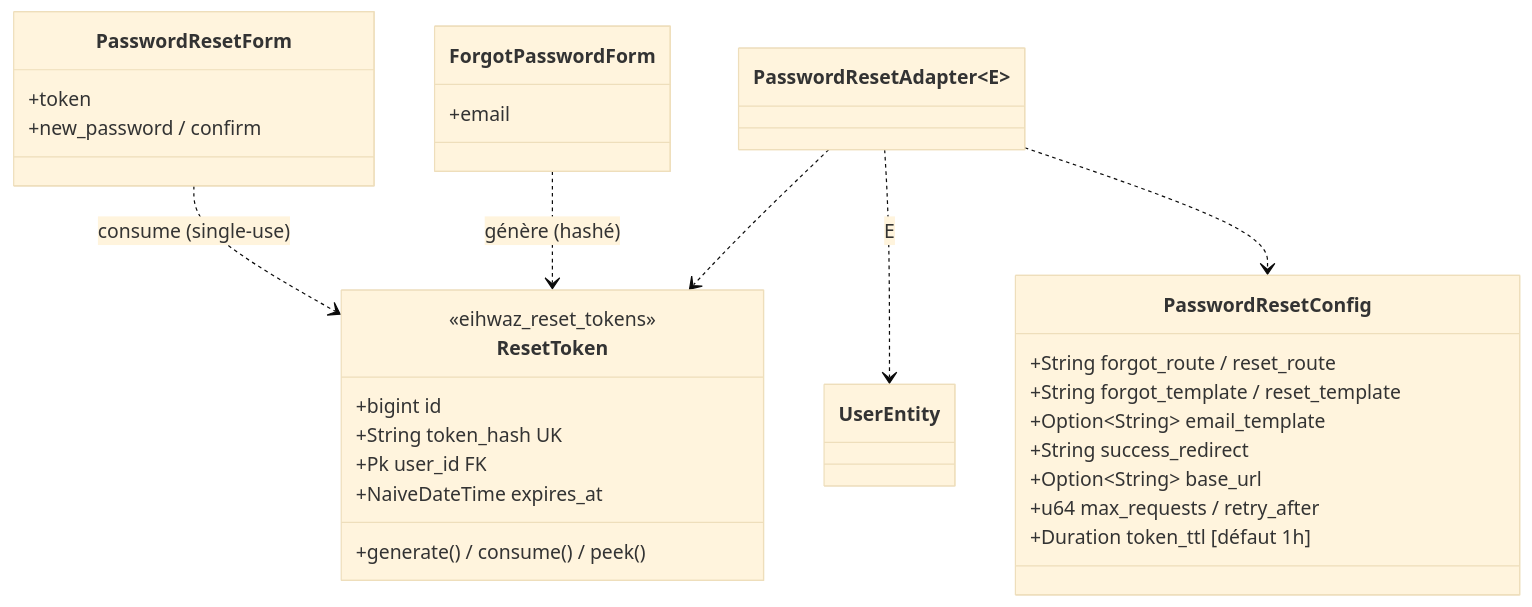
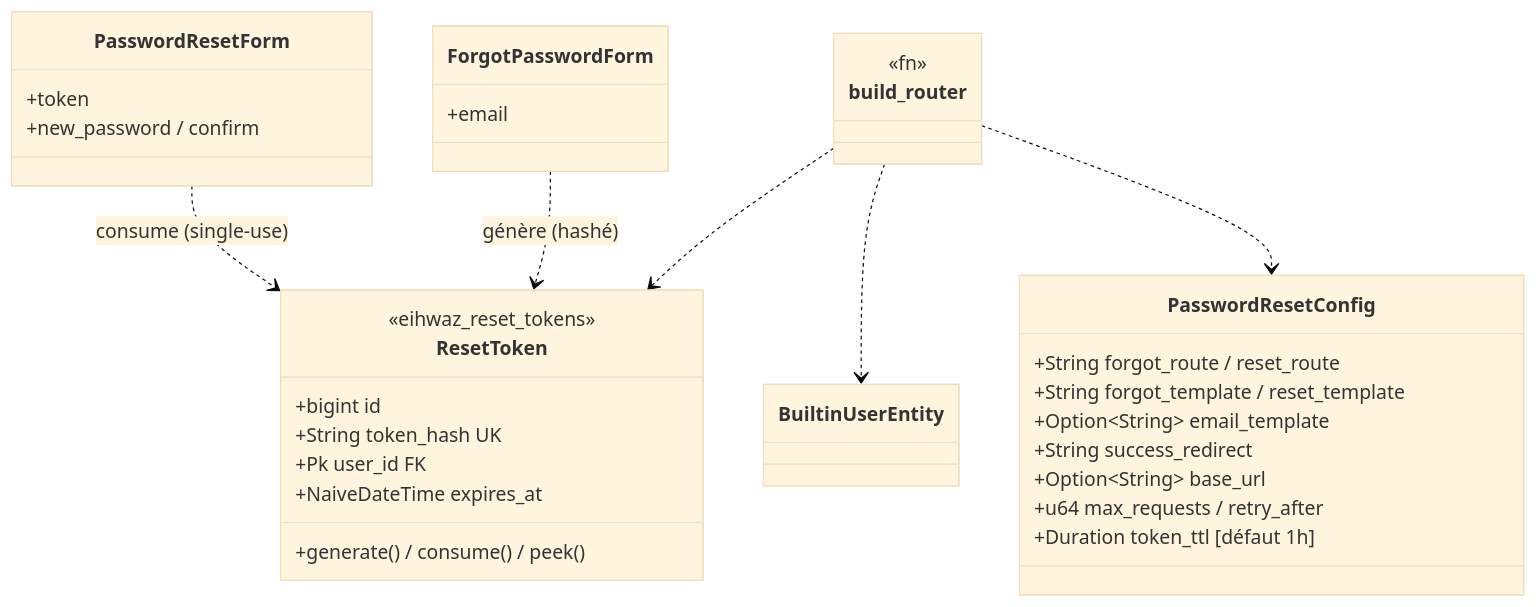
The third of 3 diagrams in diagramme/uml/auth/authentification.md (seb-alliot/runique), drawn with Mermaid (base theme) before and after one commit. The commit also changed other lines of this file and 197 other files, not shown here.

````diff
--- a/diagramme/uml/auth/authentification.md
+++ b/diagramme/uml/auth/authentification.md
@@ -65,33 +50,35 @@
 ```mermaid
 classDiagram
     class PasswordResetConfig {
         +String forgot_route / reset_route
         +String forgot_template / reset_template
         +Option~String~ email_template
         +String success_redirect
         +Option~String~ base_url
         +u64 max_requests / retry_after
         +Duration token_ttl [défaut 1h]
     }
     class ForgotPasswordForm {
         +email
     }
     class PasswordResetForm {
         +token
         +new_password / confirm
     }
     class ResetToken {
         <<eihwaz_reset_tokens>>
         +bigint id
         +String token_hash UK
         +Pk user_id FK
         +NaiveDateTime expires_at
         +generate() / consume() / peek()
     }
-    class PasswordResetAdapter~E~
-    PasswordResetAdapter ..> UserEntity : E
-    PasswordResetAdapter ..> PasswordResetConfig
-    PasswordResetAdapter ..> ResetToken
+    class build_router {
+        <<fn>>
+    }
+    build_router ..> BuiltinUserEntity
+    build_router ..> PasswordResetConfig
+    build_router ..> ResetToken
     ForgotPasswordForm ..> ResetToken : génère (hashé)
     PasswordResetForm ..> ResetToken : consume (single-use)
 ```
````
